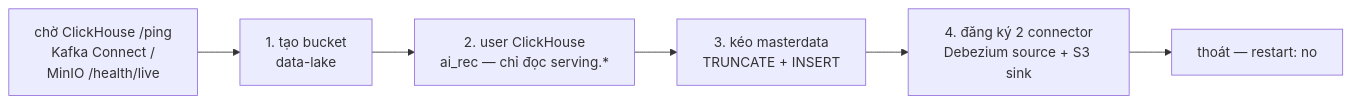
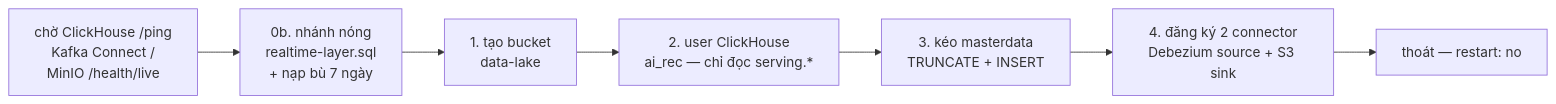
Before and after one commit to LeVanTrieuAn/ktln-Getshopy: the fourth of 5 diagrams in local-infra-sandbox/docs/architecture.md, drawn with Mermaid. The commit also changed other lines of this file and 4 other files, not shown here.

````diff
--- a/local-infra-sandbox/docs/architecture.md
+++ b/local-infra-sandbox/docs/architecture.md
@@ -313,8 +332,9 @@
 ```mermaid
 flowchart LR
-    A["chờ ClickHouse /ping<br/>Kafka Connect /<br/>MinIO /health/live"] --> B["1. tạo bucket<br/>data-lake"]
+    A["chờ ClickHouse /ping<br/>Kafka Connect /<br/>MinIO /health/live"] --> H["0b. nhánh nóng<br/>realtime-layer.sql<br/>+ nạp bù 7 ngày"]
+    H --> B["1. tạo bucket<br/>data-lake"]
     B --> C["2. user ClickHouse<br/>ai_rec — chỉ đọc serving.*"]
     C --> D["3. kéo masterdata<br/>TRUNCATE + INSERT"]
     D --> E["4. đăng ký 2 connector<br/>Debezium source + S3 sink"]
     E --> F["thoát — restart: no"]
 ```
````
